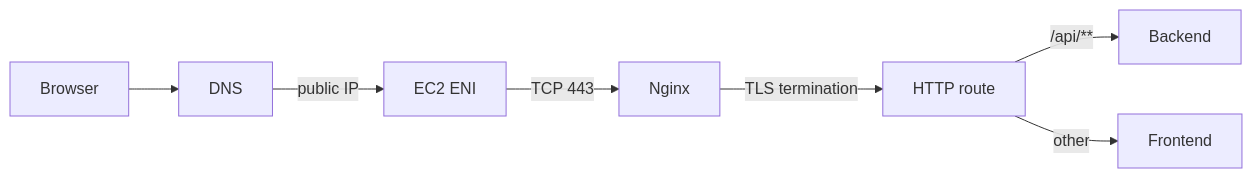
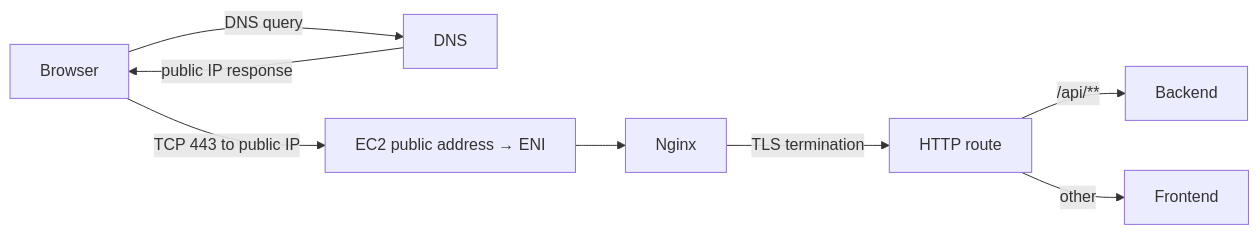
One commit to guseoh/cs changed the diagram in Study/Infra/AWS/06. DNS와 Nginx와 HTTPS.md. Above: the diagram before and after it, drawn with Mermaid. The commit also changed other lines of this file and 5 other files, not shown here.

````diff
--- a/Study/Infra/AWS/06. DNS와 Nginx와 HTTPS.md
+++ b/Study/Infra/AWS/06. DNS와 Nginx와 HTTPS.md
@@ -16,9 +16,10 @@
 ```mermaid
 flowchart LR
-    Browser --> DNS
-    DNS -->|"public IP"| EC2["EC2 ENI"]
-    EC2 -->|"TCP 443"| Nginx
+    Browser -->|"DNS query"| DNS
+    DNS -->|"public IP response"| Browser
+    Browser -->|"TCP 443 to public IP"| EC2["EC2 public address → ENI"]
+    EC2 --> Nginx
     Nginx -->|"TLS termination"| Route["HTTP route"]
     Route -->|"/api/**"| Backend
     Route -->|"other"| Frontend
 ```
````
